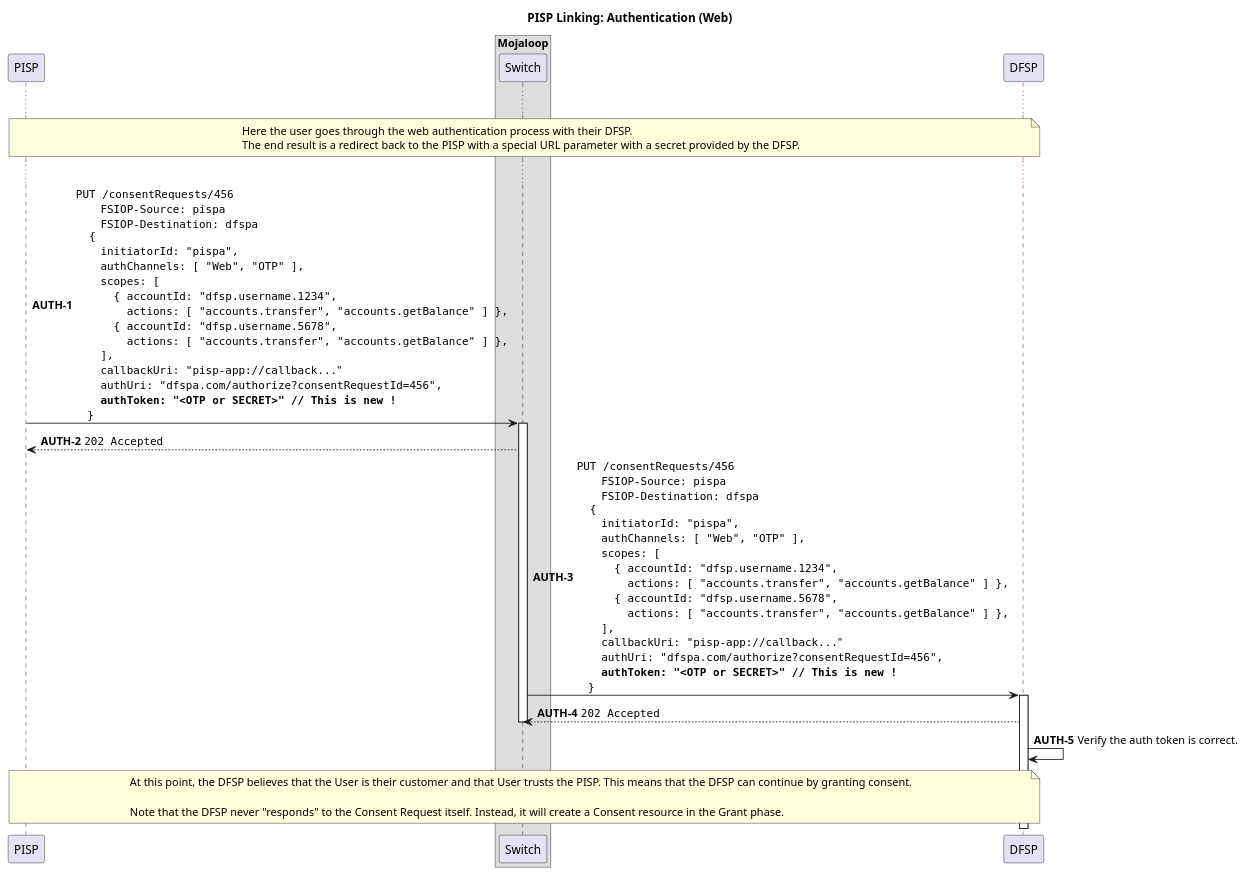
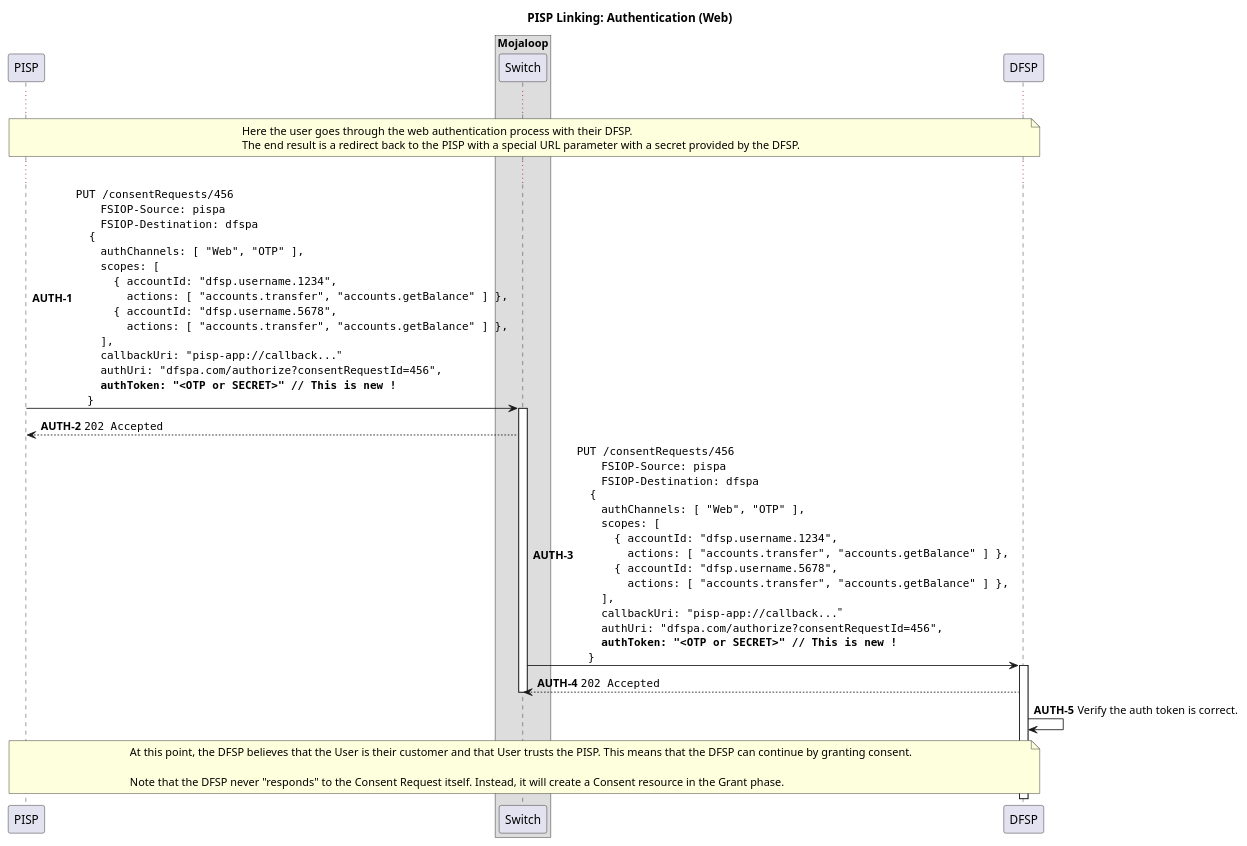
The diagram in docs/linking/3-authentication-web.puml (mojaloop/pisp-project), drawn with PlantUML before and after one commit. The commit also changed 77 other files, not shown here.

```diff
--- a/docs/linking/3-authentication-web.puml
+++ b/docs/linking/3-authentication-web.puml
@@ -1,72 +1,70 @@
 @startuml
 
 title PISP Linking: Authentication (Web)
 
 participant "PISP" as PISP
 
 box "Mojaloop"
     participant Switch
 end box
 
 participant "DFSP" as DFSP
 
 autonumber 1 "<b>WEB-AUTH-#</b>"
 
 ...
 
 note over PISP, DFSP
   Here the user goes through the web authentication process with their DFSP.
   The end result is a redirect back to the PISP with a special URL parameter with a secret provided by the DFSP.
 end note
 
 ...
 
 autonumber 1 "<b>AUTH-#</b>"
 
 PISP -> Switch ++: ""PUT /consentRequests/456""\n\
     ""  FSIOP-Source: pispa""\n\
     ""  FSIOP-Destination: dfspa""\n\
 ""  {""\n\
-    ""  initiatorId: "pispa",""\n\
     ""  authChannels: [ "Web", "OTP" ],""\n\
     ""  scopes: [ ""\n\
     ""    { accountId: "dfsp.username.1234",""\n\
     ""      actions: [ "accounts.transfer", "accounts.getBalance" ] },""\n\
     ""    { accountId: "dfsp.username.5678",""\n\
     ""      actions: [ "accounts.transfer", "accounts.getBalance" ] },""\n\
     ""  ],""\n\
     ""  callbackUri: "pisp-app://callback..."""\n\
     ""  authUri: "dfspa.com/authorize?consentRequestId=456",""\n\
     ""  **authToken: "<OTP or SECRET>" // This is new !**""\n\
     ""}""
 Switch --> PISP: ""202 Accepted""
 deactivate PISP
 
 Switch -> DFSP ++: ""PUT /consentRequests/456""\n\
     ""  FSIOP-Source: pispa""\n\
     ""  FSIOP-Destination: dfspa""\n\
 ""  {""\n\
-    ""  initiatorId: "pispa",""\n\
     ""  authChannels: [ "Web", "OTP" ],""\n\
     ""  scopes: [ ""\n\
     ""    { accountId: "dfsp.username.1234",""\n\
     ""      actions: [ "accounts.transfer", "accounts.getBalance" ] },""\n\
     ""    { accountId: "dfsp.username.5678",""\n\
     ""      actions: [ "accounts.transfer", "accounts.getBalance" ] },""\n\
     ""  ],""\n\
     ""  callbackUri: "pisp-app://callback..."""\n\
     ""  authUri: "dfspa.com/authorize?consentRequestId=456",""\n\
     ""  **authToken: "<OTP or SECRET>" // This is new !**""\n\
     ""}""
 DFSP --> Switch: ""202 Accepted""
 deactivate Switch
 
 DFSP -> DFSP: Verify the auth token is correct.
 
 note over PISP, DFSP
   At this point, the DFSP believes that the User is their customer and that User trusts the PISP. This means that the DFSP can continue by granting consent.
 
   Note that the DFSP never "responds" to the Consent Request itself. Instead, it will create a Consent resource in the Grant phase.
 end note
 
 @enduml
```
